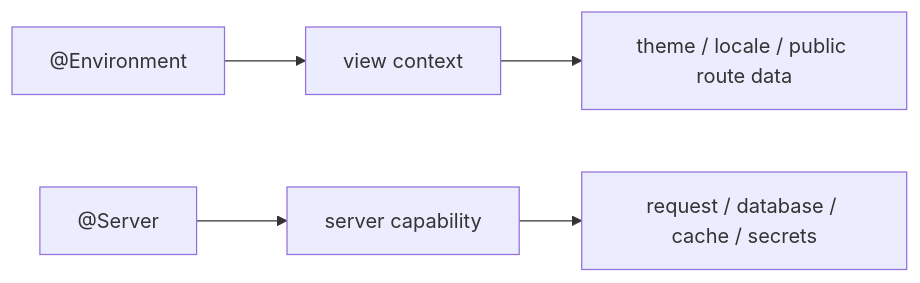
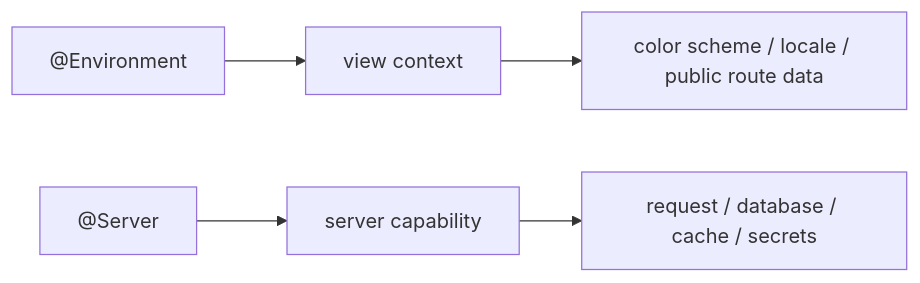
Before and after one commit to 1amageek/swift-html: diagram 11 of 31 in docs/SwiftHTML.md, drawn with Mermaid. The commit also changed other lines of this file and 13 other files, not shown here.

````diff
--- a/docs/SwiftHTML.md
+++ b/docs/SwiftHTML.md
@@ -832,7 +839,7 @@
 ```mermaid
 flowchart LR
     A["@Environment"] --> B["view context"]
-    B --> C["theme / locale / public route data"]
+    B --> C["color scheme / locale / public route data"]
     D["@Server"] --> E["server capability"]
     E --> F["request / database / cache / secrets"]
 ```
````
